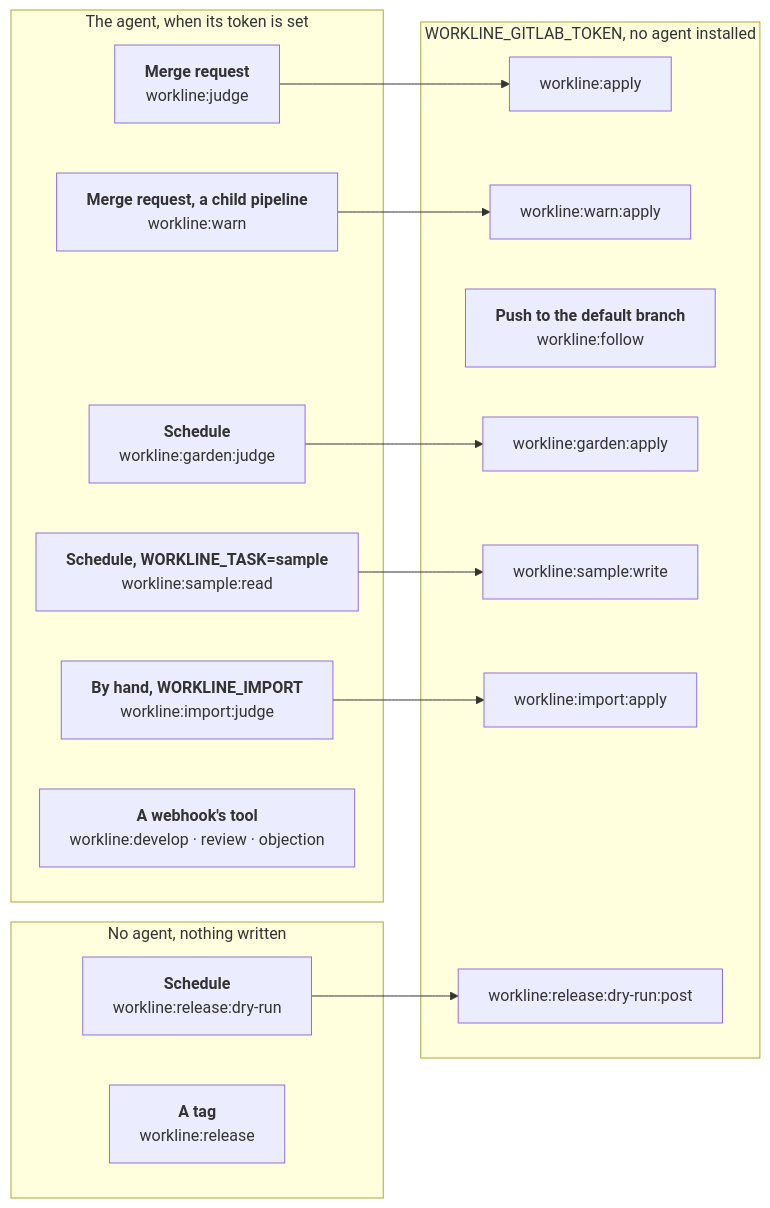
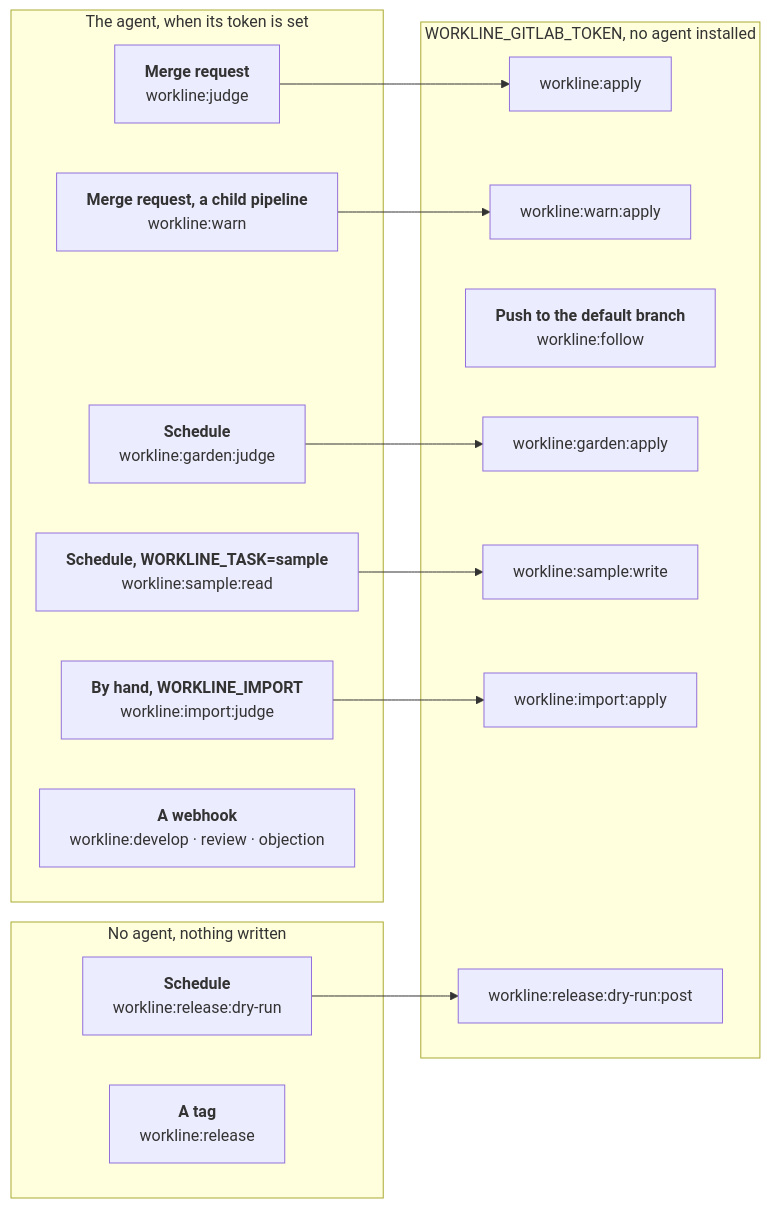
The diagram in docs/ci-gitlab.md (JN0V/workline), drawn with Mermaid before and after one commit. The commit also changed other lines of this file and 10 other files, not shown here.

````diff
--- a/docs/ci-gitlab.md
+++ b/docs/ci-gitlab.md
@@ -11,31 +11,31 @@
 ```mermaid
 %%{init: {"flowchart": {"wrappingWidth": 400}}}%%
 flowchart LR
   subgraph reads["The agent, when its token is set"]
     judge["<b>Merge request</b><br/>workline:judge"]
     warn["<b>Merge request, a child pipeline</b><br/>workline:warn"]
     garden["<b>Schedule</b><br/>workline:garden:judge"]
     sample["<b>Schedule, WORKLINE_TASK=sample</b><br/>workline:sample:read"]
     import["<b>By hand, WORKLINE_IMPORT</b><br/>workline:import:judge"]
-    hook["<b>A webhook's tool</b><br/>workline:develop · review · objection"]
+    hook["<b>A webhook</b><br/>workline:develop · review · objection"]
   end
   subgraph none["No agent, nothing written"]
     dry["<b>Schedule</b><br/>workline:release:dry-run"]
     rel["<b>A tag</b><br/>workline:release"]
   end
   subgraph writes["WORKLINE_GITLAB_TOKEN, no agent installed"]
     apply["workline:apply"]
     wapply["workline:warn:apply"]
     follow["<b>Push to the default branch</b><br/>workline:follow"]
     gapply["workline:garden:apply"]
     swrite["workline:sample:write"]
     iapply["workline:import:apply"]
     dpost["workline:release:dry-run:post"]
   end
   judge --> apply
   warn --> wapply
   garden --> gapply
   sample --> swrite
   import --> iapply
   dry --> dpost
 ```
````
